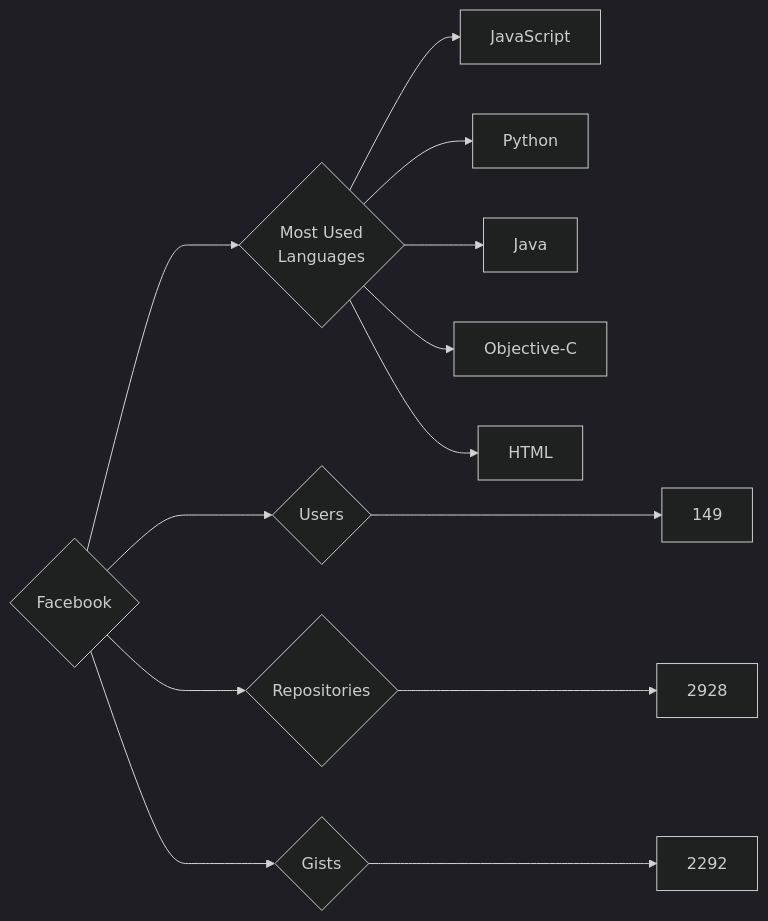
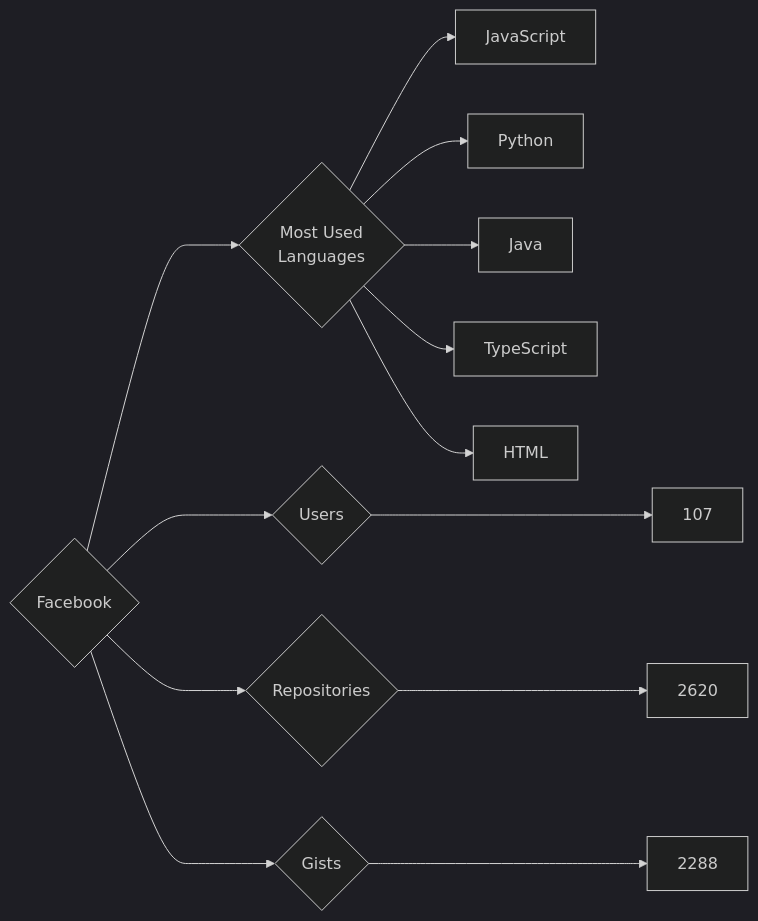
Before and after one commit to trickest/insiders: the diagram in targets/Facebook/README.md, drawn with Mermaid (dark theme). The commit also changed 681 other files, not shown here.

````diff
--- a/targets/Facebook/README.md
+++ b/targets/Facebook/README.md
@@ -3,13 +3,13 @@
 ```mermaid
 graph LR
 COMPANY_NAME{Facebook}
-COMPANY_NAME ---> U{Users} ---> UN[149]
-COMPANY_NAME ---> R{Repositories} ---> RN[2928]
-COMPANY_NAME ---> G{Gists} ---> GN[2292]
+COMPANY_NAME ---> U{Users} ---> UN[107]
+COMPANY_NAME ---> R{Repositories} ---> RN[2620]
+COMPANY_NAME ---> G{Gists} ---> GN[2288]
 COMPANY_NAME ---> ML{Most Used<br>Languages}
 ML --> JavaScript[JavaScript]
 ML --> Python[Python]
 ML --> Java[Java]
-ML --> Objective-C[Objective-C]
+ML --> TypeScript[TypeScript]
 ML --> HTML[HTML]
 ```
````
